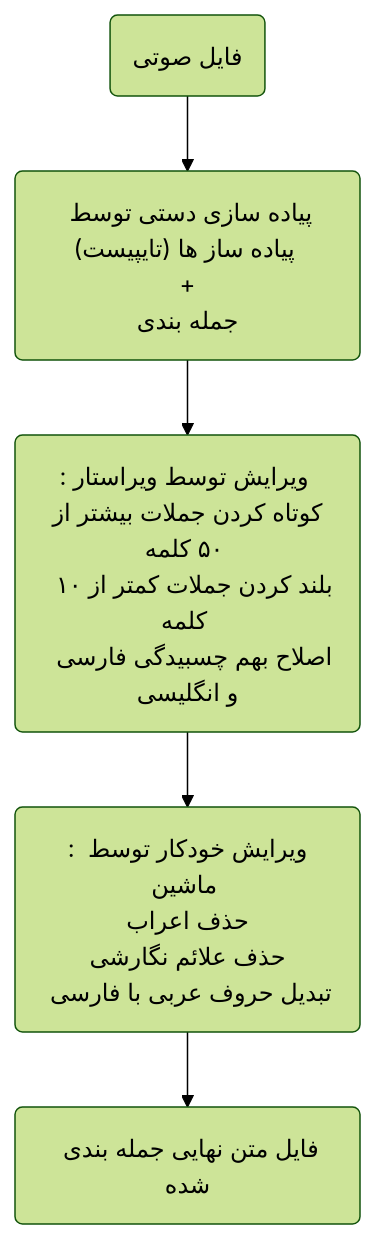
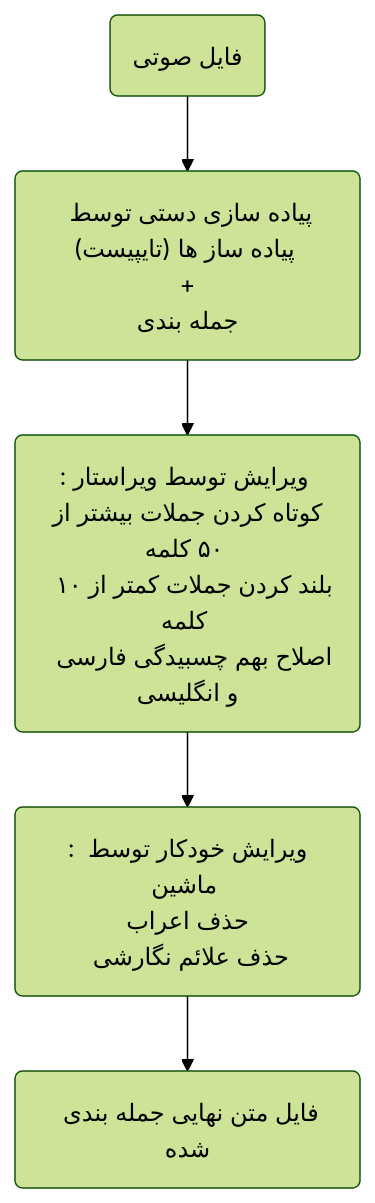
Before and after one commit to ishan-open/ai-entrance-exam: the diagram in data-analysis/README.md, drawn with Mermaid (forest theme). The commit also changed other lines of this file, not shown here.

````diff
--- a/data-analysis/README.md
+++ b/data-analysis/README.md
@@ -26,7 +25,7 @@
 ```mermaid
 graph TD
 A(فایل صوتی) --> B(" پیاده سازی دستی توسط پیاده ساز ها (تایپیست) <br> + <br>جمله بندی ")
 B --> C(" : ویرایش توسط ویراستار <br> کوتاه کردن جملات بیشتر از ۵۰ کلمه <br> بلند کردن جملات کمتر از ۱۰ کلمه <br> اصلاح بهم چسبیدگی فارسی و انگلیسی ")
-C --> D(" : ویرایش خودکار توسط ماشین <br> حذف اعراب <br> حذف علائم نگارشی <br> تبدیل حروف عربی با فارسی ")
+C --> D(" : ویرایش خودکار توسط ماشین <br> حذف اعراب <br> حذف علائم نگارشی  ")
 D --> E(" فایل متن نهایی جمله بندی شده")
 ```
````
